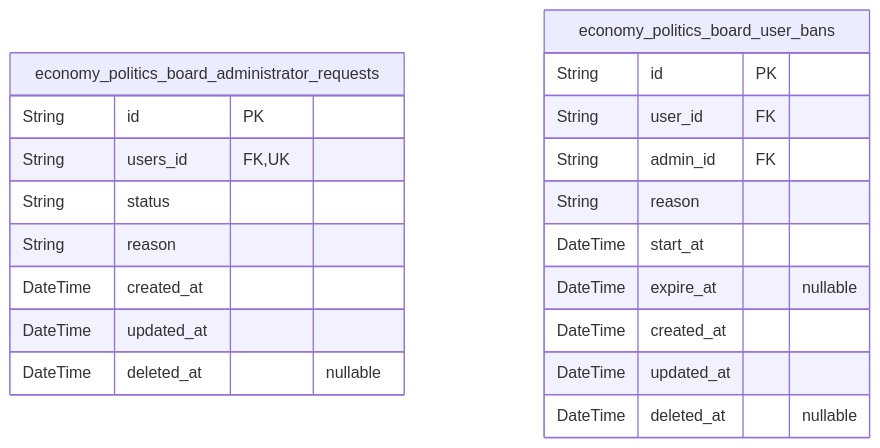
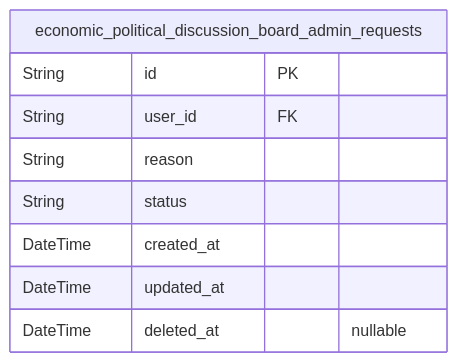
The fourth of 6 diagrams in qwen/qwen3-30b-a3b-thinking-2507/bbs/docs/ERD.md (wrtnlabs/autobe-examples), drawn with Mermaid before and after one commit. The commit also changed other lines of this file and 25939 other files, not shown here.

````diff
--- a/qwen/qwen3-30b-a3b-thinking-2507/bbs/docs/ERD.md
+++ b/qwen/qwen3-30b-a3b-thinking-2507/bbs/docs/ERD.md
@@ -631,23 +505,12 @@
 ```mermaid
 erDiagram
-"economy_politics_board_administrator_requests" {
-  String id PK
-  String users_id FK,UK
-  String status
-  String reason
-  DateTime created_at
-  DateTime updated_at
-  DateTime deleted_at "nullable"
-}
-"economy_politics_board_user_bans" {
+"economic_political_discussion_board_admin_requests" {
   String id PK
   String user_id FK
-  String admin_id FK
   String reason
-  DateTime start_at
-  DateTime expire_at "nullable"
+  String status
   DateTime created_at
   DateTime updated_at
   DateTime deleted_at "nullable"
 }
 ```
````
